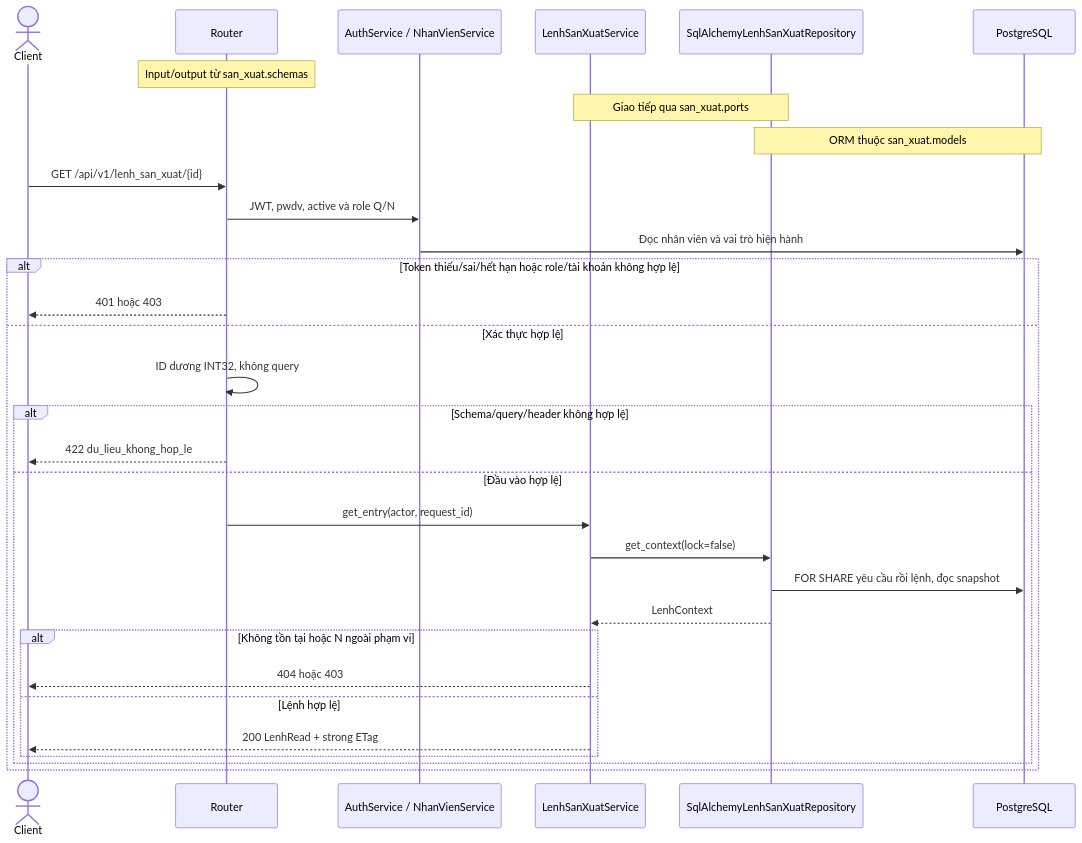
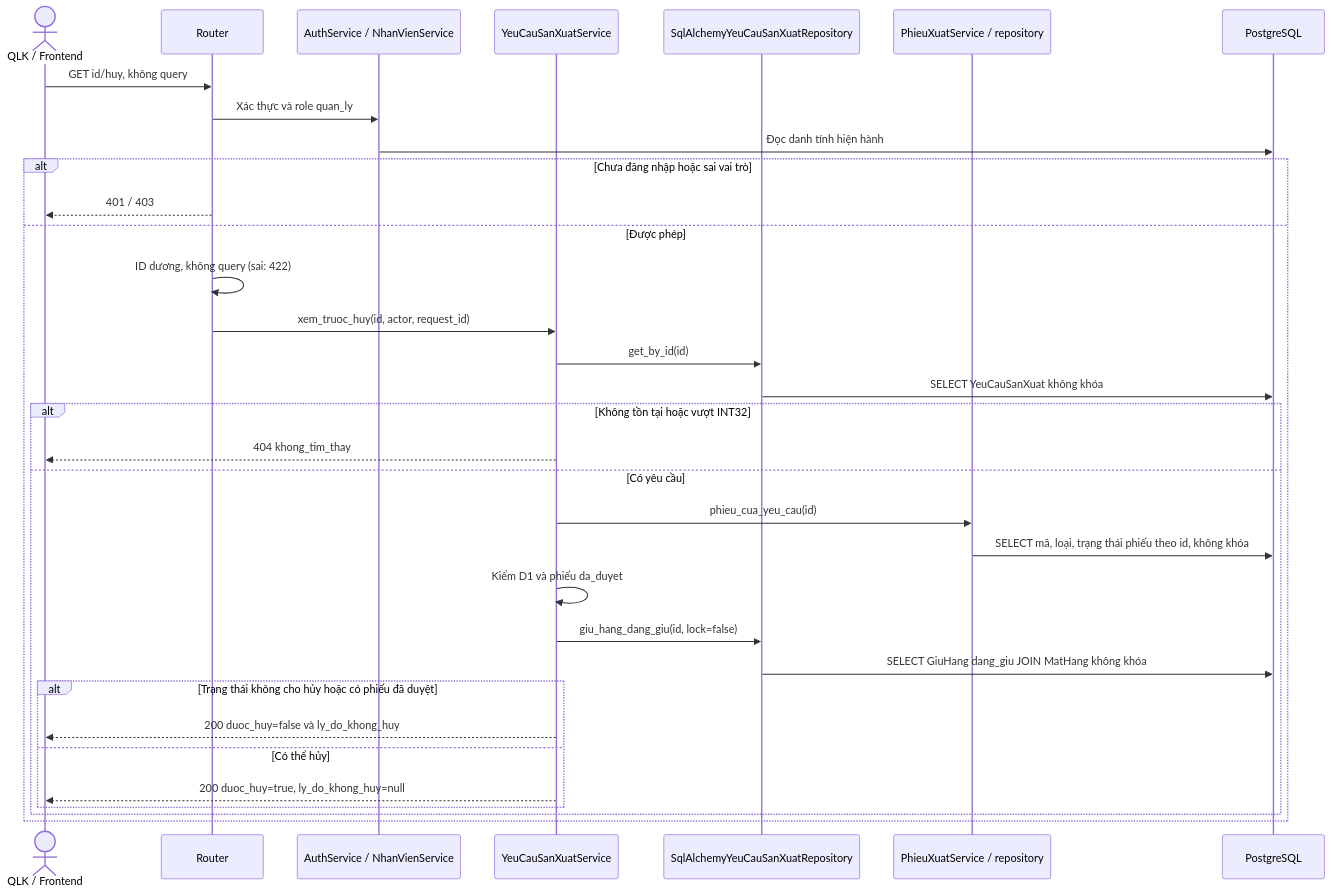
One commit to thanhklt/xbike-mrp-system changed the tenth of 19 diagrams in docs/sequence/san_xuat.md. Above: the diagram before and after it, drawn with Mermaid. The commit also changed other lines of this file and 230 other files, not shown here.

Commit message:
fix(reporting): UC-41 báo cáo nhập-xuất-tồn và UC-42 tra cứu lịch sử biến động kho

````diff
--- a/docs/sequence/san_xuat.md
+++ b/docs/sequence/san_xuat.md
@@ -473,33 +593,35 @@
 ```mermaid
 sequenceDiagram
-    actor C as Client
+    actor C as QLK / Frontend
     participant R as Router
     participant A as AuthService / NhanVienService
-    participant S as LenhSanXuatService
-    participant P as SqlAlchemyLenhSanXuatRepository
+    participant S as YeuCauSanXuatService
+    participant P as SqlAlchemyYeuCauSanXuatRepository
+    participant X as PhieuXuatService / repository
     participant D as PostgreSQL
-    Note over R: Input/output từ san_xuat.schemas
-    Note over S,P: Giao tiếp qua san_xuat.ports
-    Note over P,D: ORM thuộc san_xuat.models
-    C->>R: GET /api/v1/lenh_san_xuat/{id}
-    R->>A: JWT, pwdv, active và role Q/N
-    A->>D: Đọc nhân viên và vai trò hiện hành
-    alt Token thiếu/sai/hết hạn hoặc role/tài khoản không hợp lệ
-        R-->>C: 401 hoặc 403
-    else Xác thực hợp lệ
-        R->>R: ID dương INT32, không query
-        alt Schema/query/header không hợp lệ
-            R-->>C: 422 du_lieu_khong_hop_le
-        else Đầu vào hợp lệ
-            R->>S: get_entry(actor, request_id)
-            S->>P: get_context(lock=false)
-            P->>D: FOR SHARE yêu cầu rồi lệnh, đọc snapshot
-            P-->>S: LenhContext
-            alt Không tồn tại hoặc N ngoài phạm vi
-                S-->>C: 404 hoặc 403
-            else Lệnh hợp lệ
-                S-->>C: 200 LenhRead + strong ETag
+    C->>R: GET id/huy, không query
+    R->>A: Xác thực và role quan_ly
+    A->>D: Đọc danh tính hiện hành
+    alt Chưa đăng nhập hoặc sai vai trò
+        R-->>C: 401 / 403
+    else Được phép
+        R->>R: ID dương, không query (sai: 422)
+        R->>S: xem_truoc_huy(id, actor, request_id)
+        S->>P: get_by_id(id)
+        P->>D: SELECT YeuCauSanXuat không khóa
+        alt Không tồn tại hoặc vượt INT32
+            S-->>C: 404 khong_tim_thay
+        else Có yêu cầu
+            S->>X: phieu_cua_yeu_cau(id)
+            X->>D: SELECT mã, loại, trạng thái phiếu theo id, không khóa
+            S->>S: Kiểm D1 và phiếu da_duyet
+            S->>P: giu_hang_dang_giu(id, lock=false)
+            P->>D: SELECT GiuHang dang_giu JOIN MatHang không khóa
+            alt Trạng thái không cho hủy hoặc có phiếu đã duyệt
+                S-->>C: 200 duoc_huy=false và ly_do_khong_huy
+            else Có thể hủy
+                S-->>C: 200 duoc_huy=true, ly_do_khong_huy=null
             end
         end
     end
 ```
````
